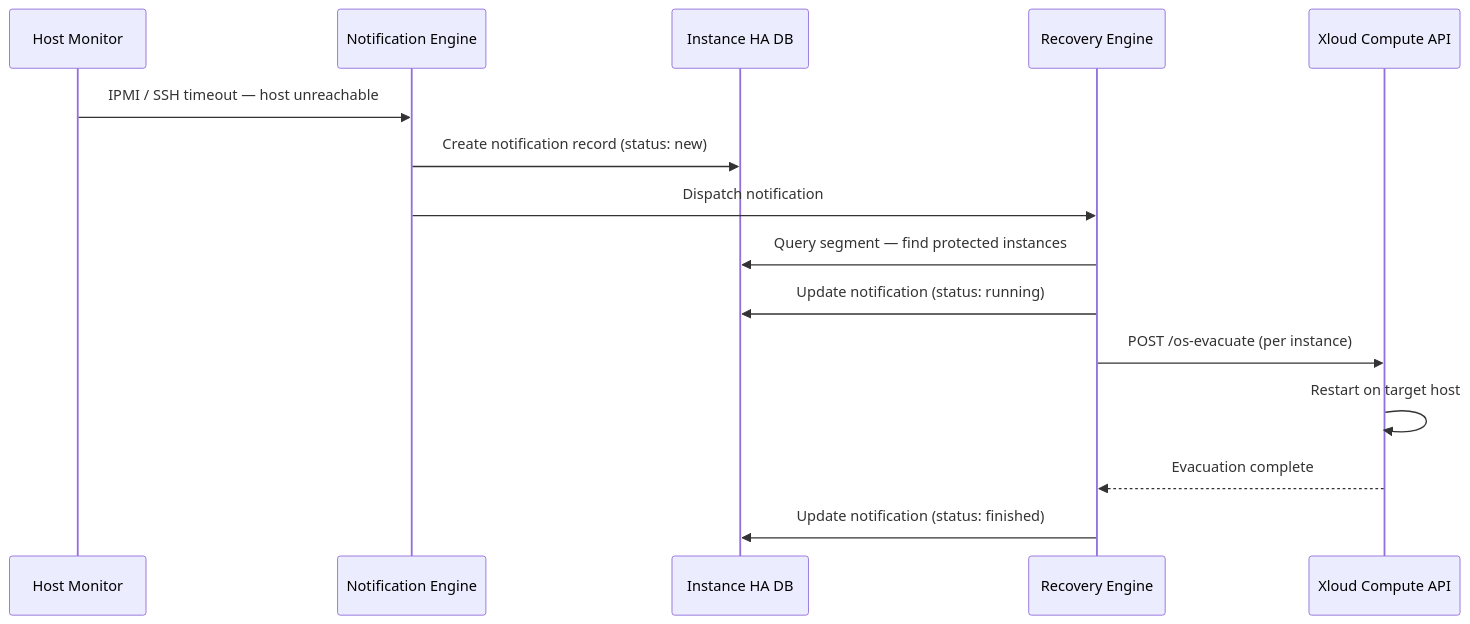
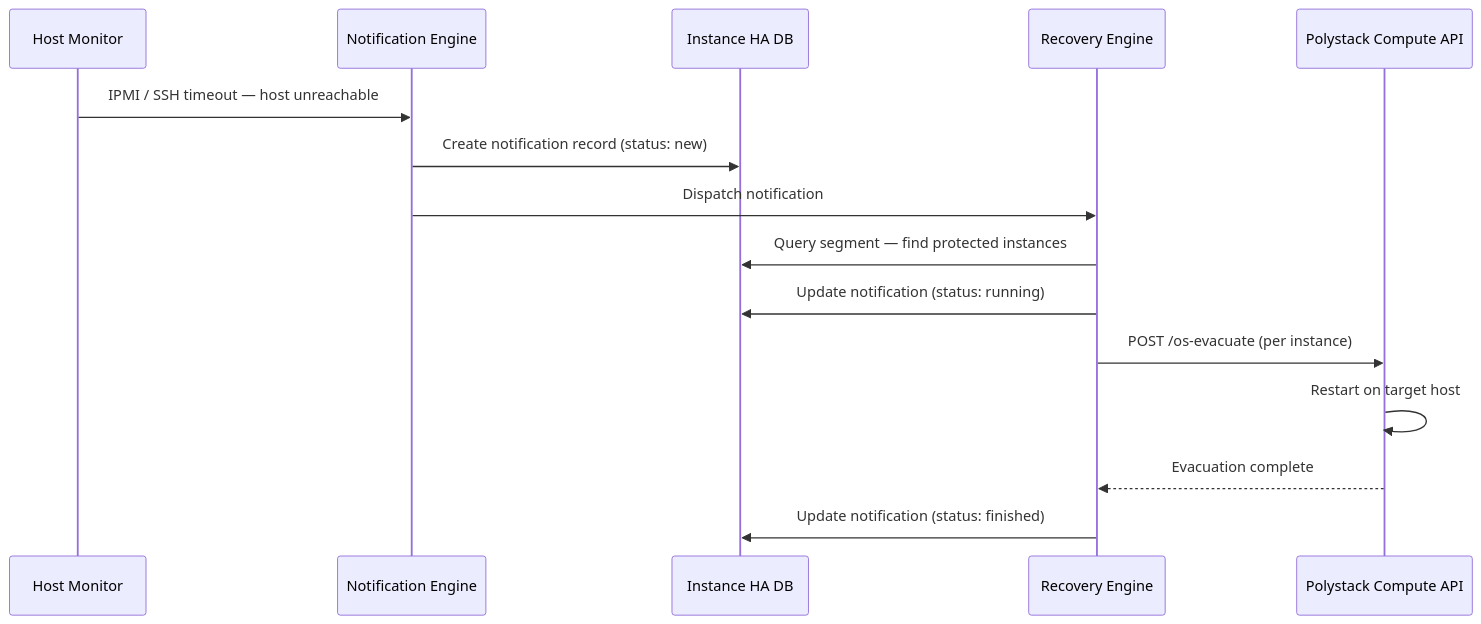
One commit to ankur-kumar87/docs-polystack changed the second of 2 diagrams in services/instance-ha/admin-guide/architecture.mdx. Above: the diagram before and after it, drawn with Mermaid. The commit also changed other lines of this file and 425 other files, not shown here.

````diff
--- a/services/instance-ha/admin-guide/architecture.mdx
+++ b/services/instance-ha/admin-guide/architecture.mdx
@@ -133,18 +133,18 @@
 ```mermaid
 sequenceDiagram
     participant HM as Host Monitor
     participant NE as Notification Engine
     participant DB as Instance HA DB
     participant RE as Recovery Engine
-    participant NOVA as Xloud Compute API
+    participant NOVA as Polystack Compute API
 
     HM->>NE: IPMI / SSH timeout — host unreachable
     NE->>DB: Create notification record (status: new)
     NE->>RE: Dispatch notification
     RE->>DB: Query segment — find protected instances
     RE->>DB: Update notification (status: running)
     RE->>NOVA: POST /os-evacuate (per instance)
     NOVA->>NOVA: Restart on target host
     NOVA-->>RE: Evacuation complete
     RE->>DB: Update notification (status: finished)
 ```
````
